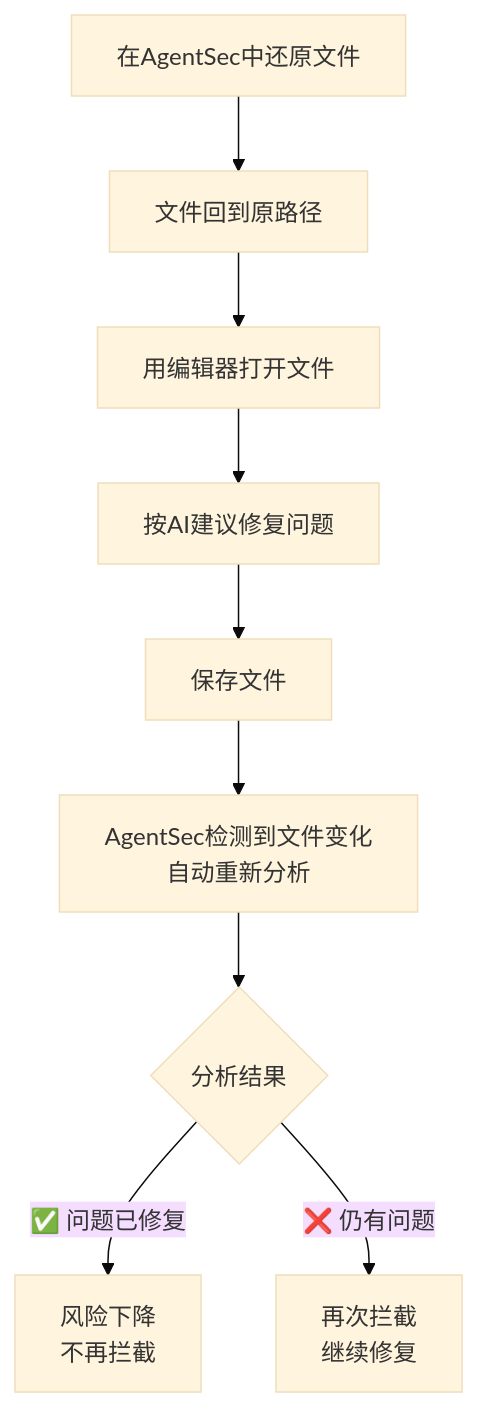
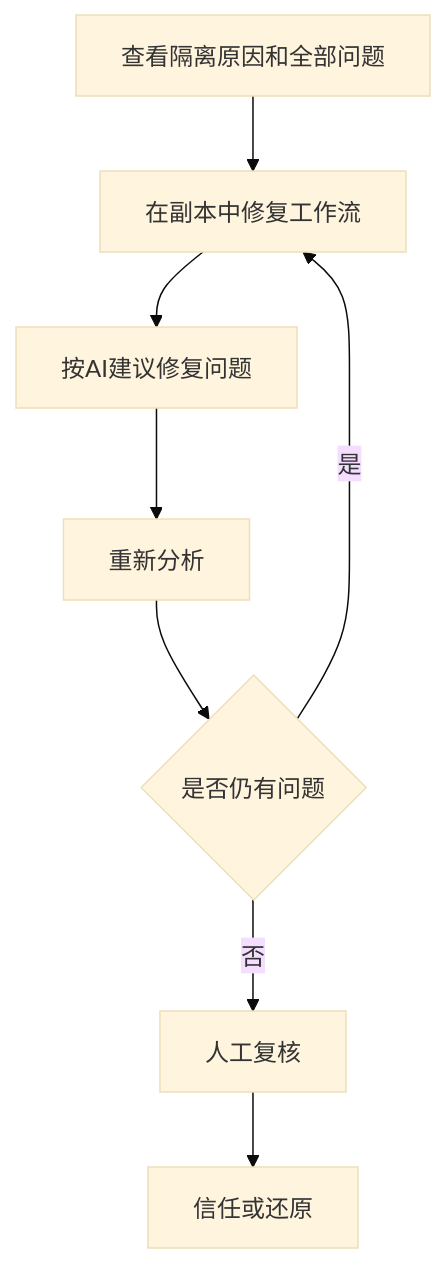
The fourth of 4 diagrams in CN/03-first-analysis.md (PolyUxAISecurity/AgentSec-UserDoc), drawn with Mermaid (base theme) before and after one commit. The commit also changed other lines of this file and 175 other files, not shown here.

````diff
--- a/CN/03-first-analysis.md
+++ b/CN/03-first-analysis.md
@@ -227,11 +208,10 @@
 ```mermaid
-graph TD
-    A[在AgentSec中还原文件] --> B[文件回到原路径]
-    B --> C[用编辑器打开文件]
-    C --> D[按AI建议修复问题]
-    D --> E[保存文件]
-    E --> F[AgentSec检测到文件变化<br/>自动重新分析]
-    F --> G{分析结果}
-    G -->|"✅ 问题已修复"| H["风险下降<br/>不再拦截"]
-    G -->|"❌ 仍有问题"| I["再次拦截<br/>继续修复"]
+flowchart TD
+    A[查看隔离原因和全部问题] --> B[在副本中修复工作流]
+    B --> C[按AI建议修复问题]
+    C --> D[重新分析]
+    D --> E{是否仍有问题}
+    E -->|是| B
+    E -->|否| F[人工复核]
+    F --> G[信任或还原]
 ```
````
